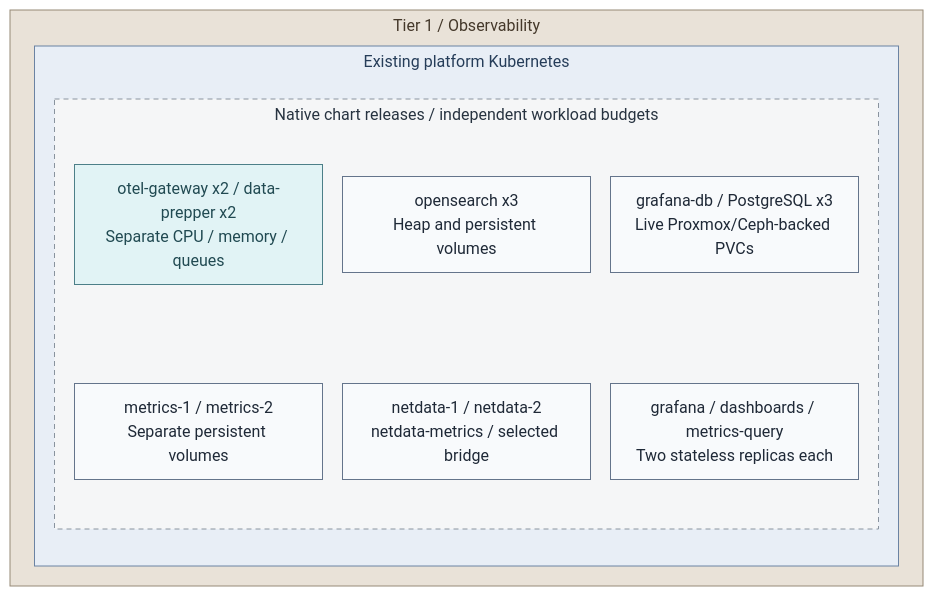
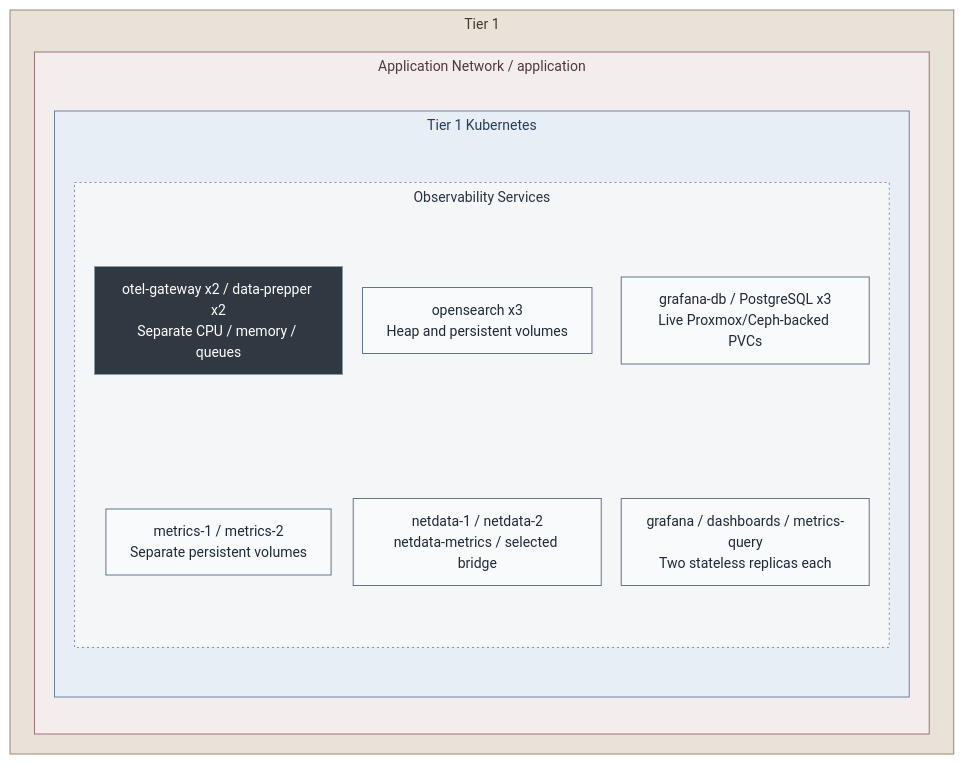
One commit to Rexus/homelab changed the first of 5 diagrams in docs/03-deployment/stage-8-observability/README.md. Above: the diagram before and after it, drawn with Mermaid. The commit also changed other lines of this file and 124 other files, not shown here.

First line of the commit message:
fix(platform): align service diagrams and directory failover

````diff
--- a/docs/03-deployment/stage-8-observability/README.md
+++ b/docs/03-deployment/stage-8-observability/README.md
@@ -19,31 +19,36 @@
 ```mermaid
-%%{init: {"theme":"base","flowchart":{"nodeSpacing":20,"rankSpacing":24,"padding":12,"subGraphTitleMargin":{"top":4,"bottom":12}},"themeVariables":{"lineColor":"#627581","edgeLabelBackground":"#f8fafc"}}}%%
+%%{init: {"theme":"base","flowchart":{"nodeSpacing":20,"rankSpacing":24,"padding":12,"subGraphTitleMargin":{"top":4,"bottom":18}},"themeVariables":{"lineColor":"#627581","edgeLabelBackground":"#f8fafc","fontFamily":"Arial, sans-serif","fontSize":"14px"},"fontFamily":"Arial, sans-serif"}}%%
 flowchart TB
-  subgraph T1["Tier 1 / Observability"]
-    subgraph Cluster["Existing platform Kubernetes"]
-      subgraph Project["Native chart releases / independent workload budgets"]
-        direction TB
-        Gateways["otel-gateway x2 / data-prepper x2<br/>Separate CPU / memory / queues"]
-        Metrics["metrics-1 / metrics-2<br/>Separate persistent volumes"]
-        Search["opensearch x3<br/>Heap and persistent volumes"]
-        Diagnostics["netdata-1 / netdata-2<br/>netdata-metrics / selected bridge"]
-        Database["grafana-db / PostgreSQL x3<br/>Live Proxmox/Ceph-backed PVCs"]
-        UIs["grafana / dashboards / metrics-query<br/>Two stateless replicas each"]
-        Gateways ~~~ Metrics
-        Search ~~~ Diagnostics
-        Database ~~~ UIs
+  subgraph T1["Tier 1"]
+    subgraph ApplicationNetwork["Application Network / application"]
+      subgraph Cluster["Tier 1 Kubernetes"]
+        subgraph Project["Observability Services"]
+          direction TB
+          Gateways["otel-gateway x2 / data-prepper x2<br/>Separate CPU / memory / queues"]
+          Metrics["metrics-1 / metrics-2<br/>Separate persistent volumes"]
+          Search["opensearch x3<br/>Heap and persistent volumes"]
+          Diagnostics["netdata-1 / netdata-2<br/>netdata-metrics / selected bridge"]
+          Database["grafana-db / PostgreSQL x3<br/>Live Proxmox/Ceph-backed PVCs"]
+          UIs["grafana / dashboards / metrics-query<br/>Two stateless replicas each"]
+          Gateways ~~~ Metrics
+          Search ~~~ Diagnostics
+          Database ~~~ UIs
+        end
       end
     end
   end
   classDef default fill:#f8fafc,stroke:#64748b,color:#1f2937
   classDef services fill:#e7f0fc,stroke:#4d719b,color:#203a5b
   classDef runtime fill:#d9eeec,stroke:#4d7b77,color:#173f3e
-  classDef replicas fill:#f5f6f7,stroke:#89939e,color:#273340,stroke-dasharray:5 4
+  classDef replicas fill:#f5f6f7,stroke:#89939e,color:#273340,stroke-dasharray:2 3
   class Project replicas
   classDef kubernetes fill:#e8eef6,stroke:#6b83a3,color:#263d59
   class Cluster kubernetes
-  classDef traffic fill:#e1f3f5,stroke:#4c7f88,color:#214a52
+  classDef traffic fill:#303841,stroke:#8a9baa,color:#ffffff
   class Gateways traffic
   classDef tier1 fill:#e9e2d8,stroke:#968976,color:#44382a
   class T1 tier1
+  classDef zoneServices fill:#e1eaf6,stroke:#4d719b,color:#203a5b
+  classDef network fill:#f4eded,stroke:#9b7378,color:#50383d
+  class ApplicationNetwork network
 ```
````
